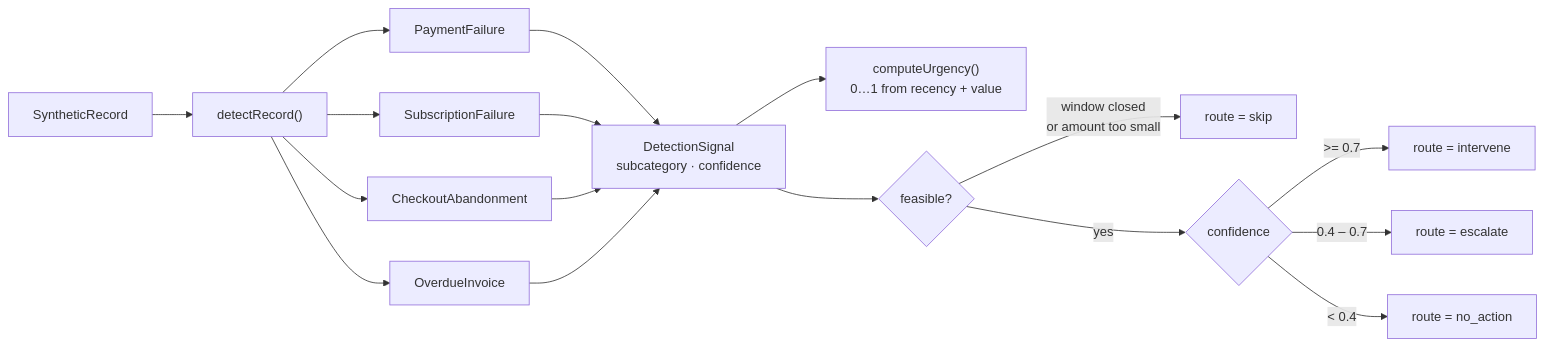
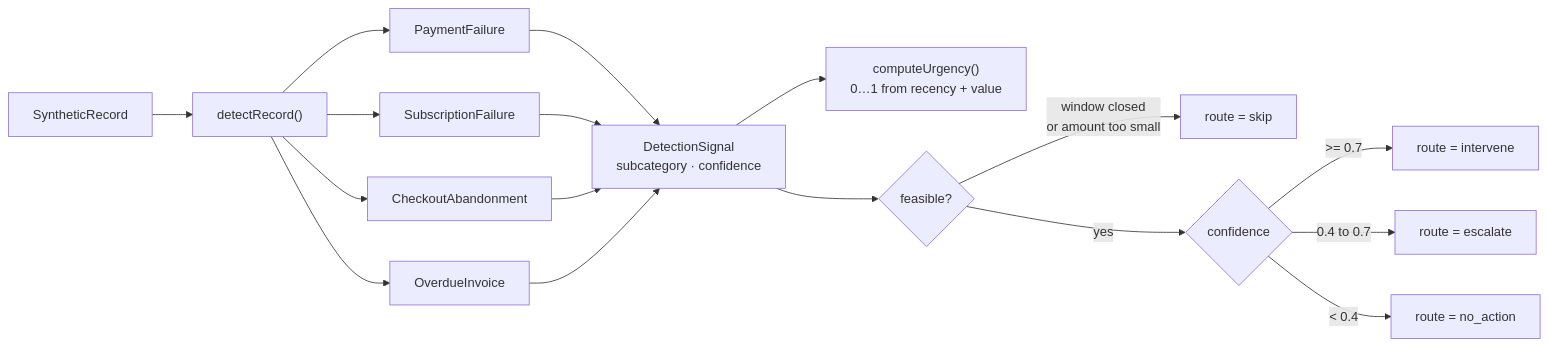
One commit to Samyra312007/ReviveAI changed the sixth of 23 diagrams in README.md. Above: the diagram before and after it, drawn with Mermaid. The commit also changed other lines of this file, not shown here.

First line of the commit message:
docs: remove Roadmap section and drop all dash punctuation from README

````diff
--- a/README.md
+++ b/README.md
@@ -291,16 +290,16 @@
 ```mermaid
 flowchart LR
     REC["SyntheticRecord"] --> E["detectRecord()"]
     E --> P["PaymentFailure"]
     E --> S["SubscriptionFailure"]
     E --> C["CheckoutAbandonment"]
     E --> I["OverdueInvoice"]
     P & S & C & I --> SIG["DetectionSignal<br/>subcategory · confidence"]
     SIG --> UR["computeUrgency()<br/>0…1 from recency + value"]
     SIG --> FB{"feasible?"}
     FB -->|"window closed<br/>or amount too small"| SK["route = skip"]
     FB -->|"yes"| CF{"confidence"}
     CF -->|">= 0.7"| IV["route = intervene"]
-    CF -->|"0.4 – 0.7"| ES["route = escalate"]
+    CF -->|"0.4 to 0.7"| ES["route = escalate"]
     CF -->|"< 0.4"| NA["route = no_action"]
 ```
````
